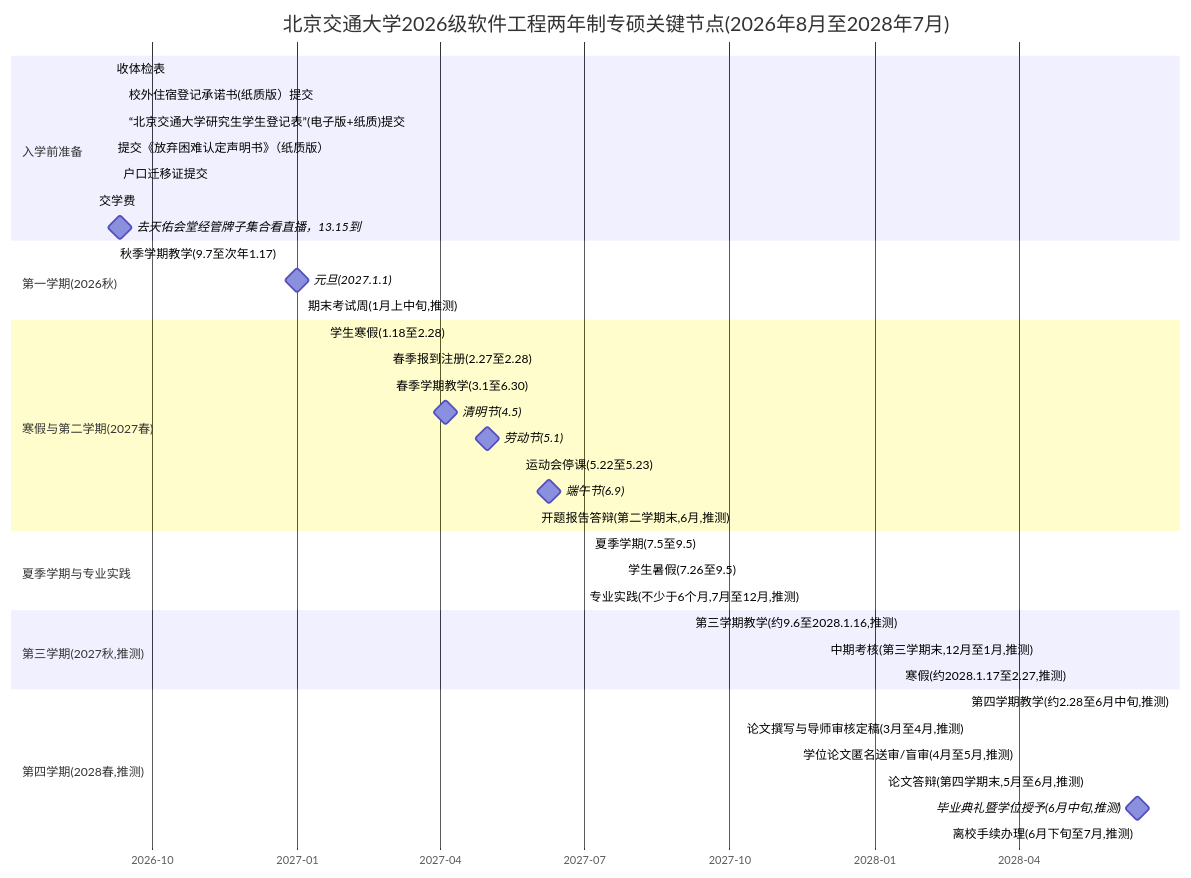
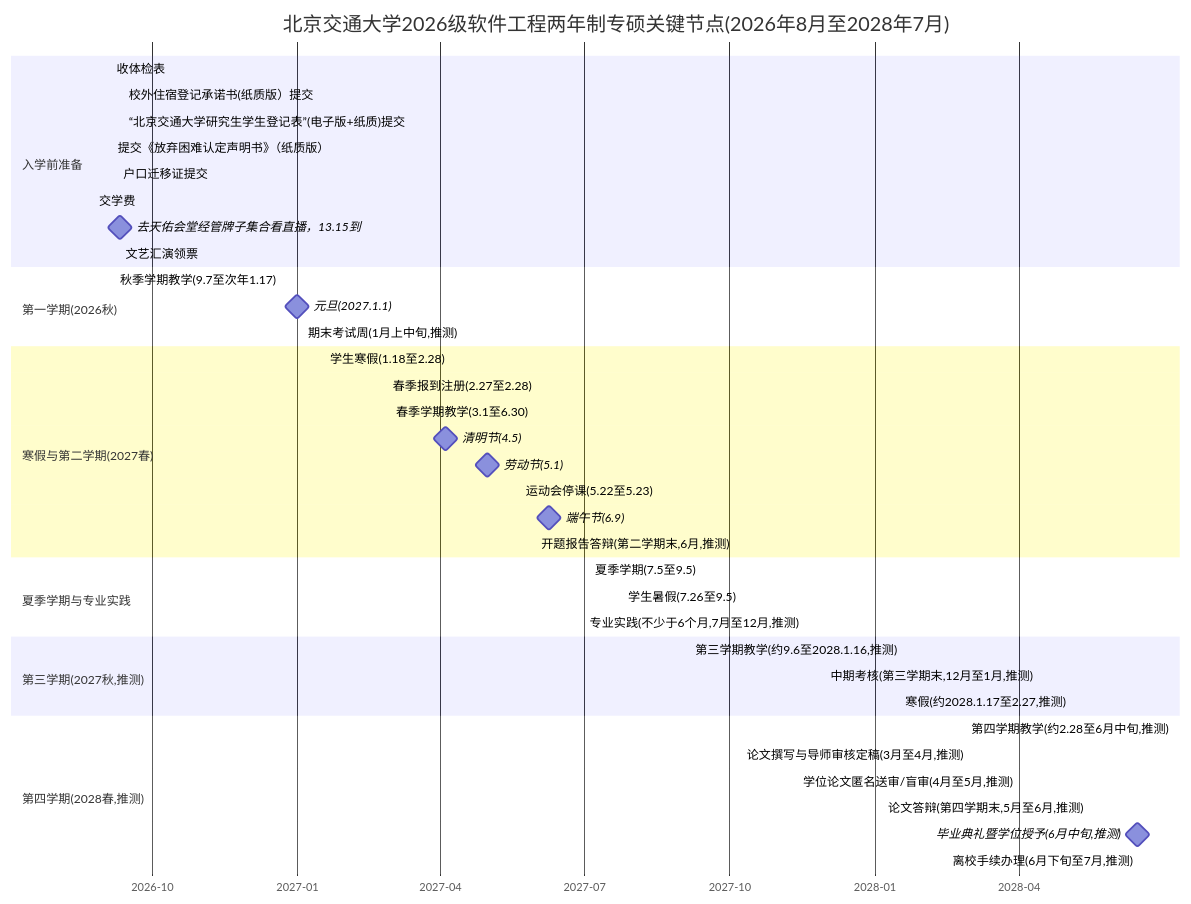
One commit to leo372239-1024/mermaid-gantt-share changed the diagram in gantt.md. Above: the diagram before and after it, drawn with Mermaid.

Commit message:
sync: add: b7 文艺汇演领票

````diff
--- a/gantt.md
+++ b/gantt.md
@@ -13,44 +13,45 @@
 ```mermaid
 gantt
     title 北京交通大学2026级软件工程两年制专硕关键节点(2026年8月至2028年7月)
     dateFormat YYYY-MM-DD HH:mm
     axisFormat %Y-%m
     section 入学前准备
     收体检表 :b1, 2026-09-05, 2026-09-07
     校外住宿登记承诺书(纸质版）提交 :b3, 2026-09-13, 0d
     “北京交通大学研究生学生登记表”(电子版+纸质)提交 :b4, 2026-09-13, 0d
     提交《放弃困难认定声明书》（纸质版） :b5, 2026-09-06, 0d
     户口迁移证提交 :b2, 2026-09-09, 0d
     交学费 :b6, 2026-08-25, 2026-09-09
     去天佑会堂经管牌子集合看直播，13.15到 :milestone, m12, 2026-09-10 13:00, 2026-09-10 13:00
+    文艺汇演领票 :b7, 2026-09-10 14:00, 2026-09-10 17:00
     section 报到与注册
     section 开学季事务(班级通知)
     section 第一学期(2026秋)
     秋季学期教学(9.7至次年1.17) :t7, 2026-09-07, 2027-01-17
     元旦(2027.1.1) :milestone, m7, 2027-01-01, 0d
     期末考试周(1月上中旬,推测) :crit, t8, 2027-01-04, 2027-01-15
     section 寒假与第二学期(2027春)
     学生寒假(1.18至2.28) :t9, 2027-01-18, 2027-02-28
     春季报到注册(2.27至2.28) :t10, 2027-02-27, 2027-02-28
     春季学期教学(3.1至6.30) :t11, 2027-03-01, 2027-06-30
     清明节(4.5) :milestone, m8, 2027-04-05, 0d
     劳动节(5.1) :milestone, m9, 2027-05-01, 0d
     运动会停课(5.22至5.23) :t12, 2027-05-22, 2027-05-23
     端午节(6.9) :milestone, m10, 2027-06-09, 0d
     开题报告答辩(第二学期末,6月,推测) :crit, t13, 2027-06-01, 2027-06-30
     section 夏季学期与专业实践
     夏季学期(7.5至9.5) :t14, 2027-07-05, 2027-09-05
     学生暑假(7.26至9.5) :t15, 2027-07-26, 2027-09-05
     专业实践(不少于6个月,7月至12月,推测) :crit, t16, 2027-07-01, 2027-12-31
     section 第三学期(2027秋,推测)
     第三学期教学(约9.6至2028.1.16,推测) :t17, 2027-09-06, 2028-01-16
     中期考核(第三学期末,12月至1月,推测) :crit, t18, 2027-12-01, 2028-01-16
     寒假(约2028.1.17至2.27,推测) :t19, 2028-01-17, 2028-02-27
     section 第四学期(2028春,推测)
     第四学期教学(约2.28至6月中旬,推测) :t20, 2028-02-28, 2028-06-15
     论文撰写与导师审核定稿(3月至4月,推测) :t21, 2028-03-01, 2028-04-30
     学位论文匿名送审/盲审(4月至5月,推测) :crit, t22, 2028-04-01, 2028-05-15
     论文答辩(第四学期末,5月至6月,推测) :crit, t23, 2028-05-16, 2028-06-10
     毕业典礼暨学位授予(6月中旬,推测) :milestone, m11, 2028-06-15, 0d
     离校手续办理(6月下旬至7月,推测) :t24, 2028-06-16, 2028-07-30
 ```
````
